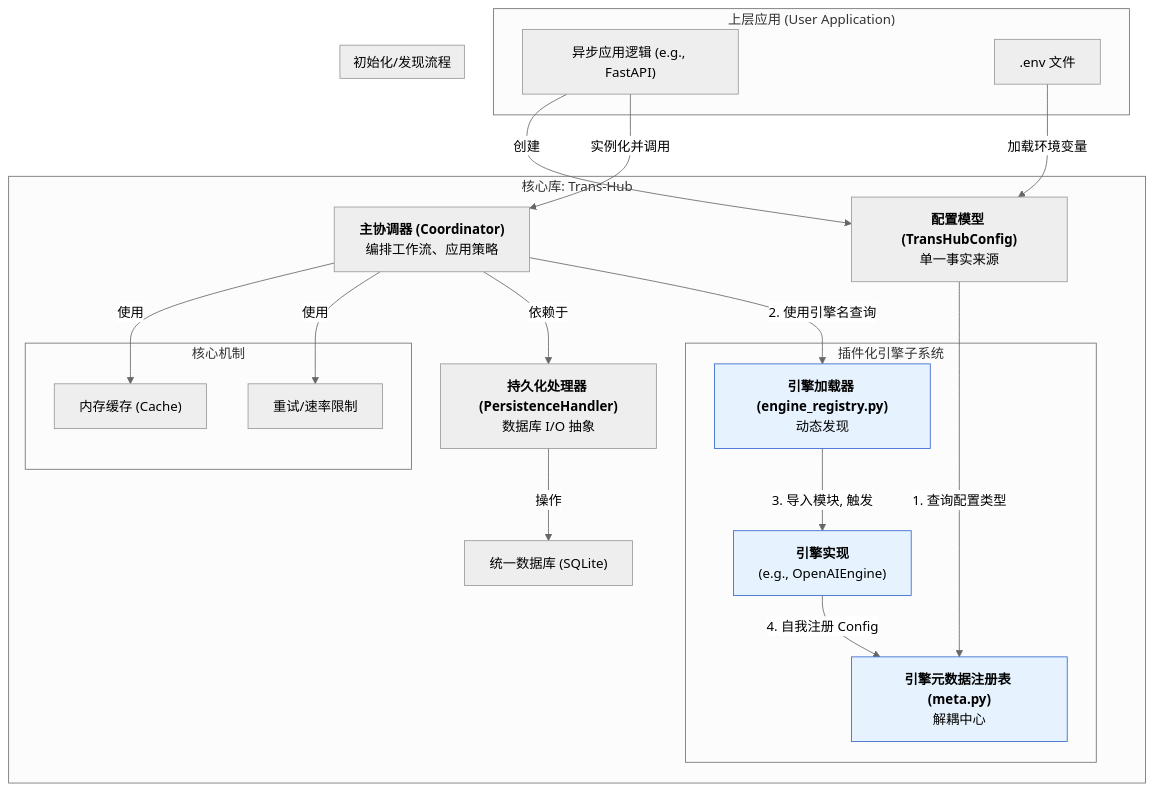
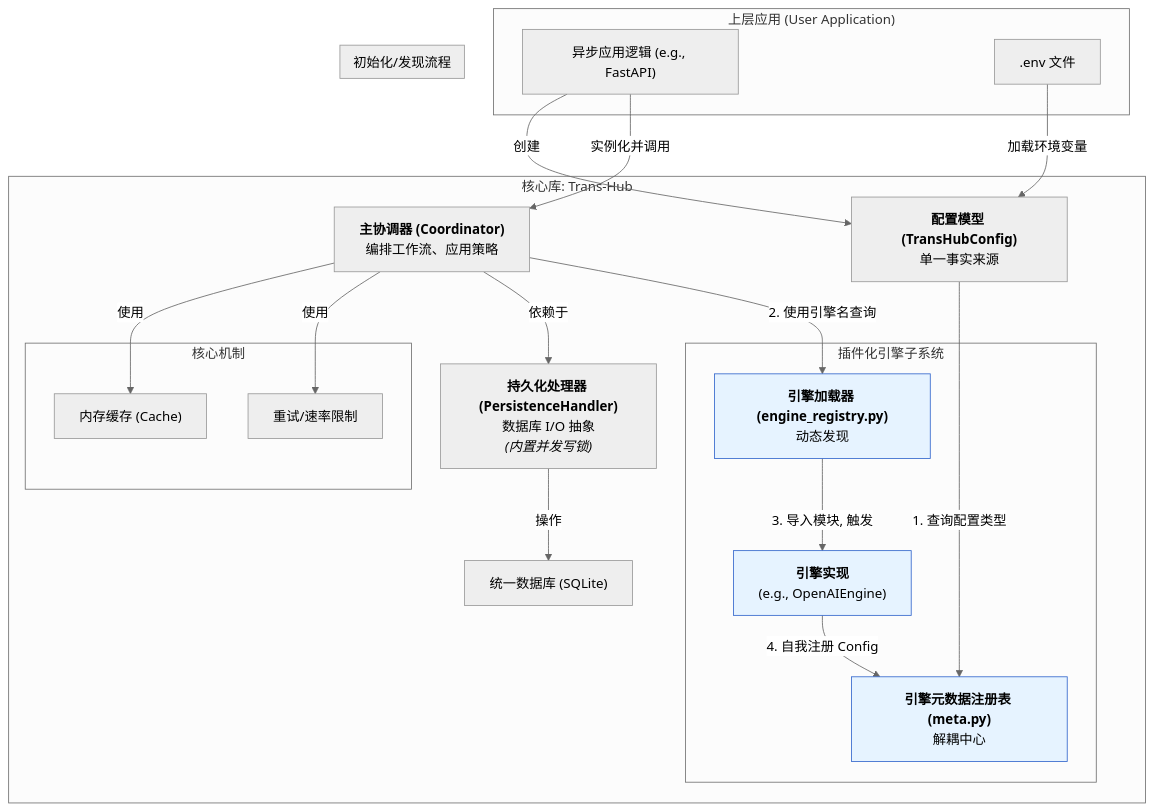
One commit to SakenW/Trans-Hub changed the first of 2 diagrams in docs/architecture/01_overview.md. Above: the diagram before and after it, drawn with Mermaid (neutral theme). The commit also changed other lines of this file and 12 other files, not shown here.

````diff
--- a/docs/architecture/01_overview.md
+++ b/docs/architecture/01_overview.md
@@ -31,45 +31,45 @@
 ```mermaid
 graph TD
     subgraph "上层应用 (User Application)"
         A["异步应用逻辑 (e.g., FastAPI)"]
         G[".env 文件"]
     end
 
     subgraph "核心库: Trans-Hub"
         B["<b>主协调器 (Coordinator)</b><br/>编排工作流、应用策略"]
         U1["<b>配置模型 (TransHubConfig)</b><br/>单一事实来源"]
-        D["<b>持久化处理器 (PersistenceHandler)</b><br/>数据库 I/O 抽象"]
+        D["<b>持久化处理器 (PersistenceHandler)</b><br/>数据库 I/O 抽象<br/><i>(内置并发写锁)</i>"]
         F["统一数据库 (SQLite)"]
-
+        
         subgraph "插件化引擎子系统"
             E_meta["<b>引擎元数据注册表 (meta.py)</b><br/>解耦中心"]
             C3["<b>引擎加载器 (engine_registry.py)</b><br/>动态发现"]
             E_impl["<b>引擎实现</b><br/>(e.g., OpenAIEngine)"]
         end
 
         subgraph "核心机制"
             C1["内存缓存 (Cache)"]
             C2["重试/速率限制"]
         end
     end
 
     G -- "加载环境变量" --> U1
     A -- "创建" --> U1
     A -- "实例化并调用" --> B
-
+    
     B -- "使用" --> C1 & C2
     B -- "依赖于" --> D
-
+    
     subgraph "初始化/发现流程"
         style C3 fill:#e6f3ff,stroke:#36c
         style E_impl fill:#e6f3ff,stroke:#36c
         style E_meta fill:#e6f3ff,stroke:#36c
-
+        
         U1 -- "1. 查询配置类型" --> E_meta
         B -- "2. 使用引擎名查询" --> C3
         C3 -- "3. 导入模块, 触发" --> E_impl
         E_impl -- "4. 自我注册 Config" --> E_meta
     end
-
+    
     D -- "操作" --> F
 ```
````
